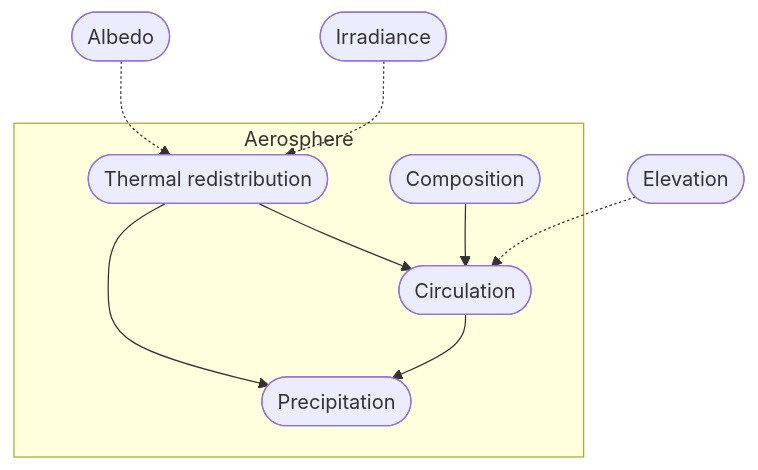
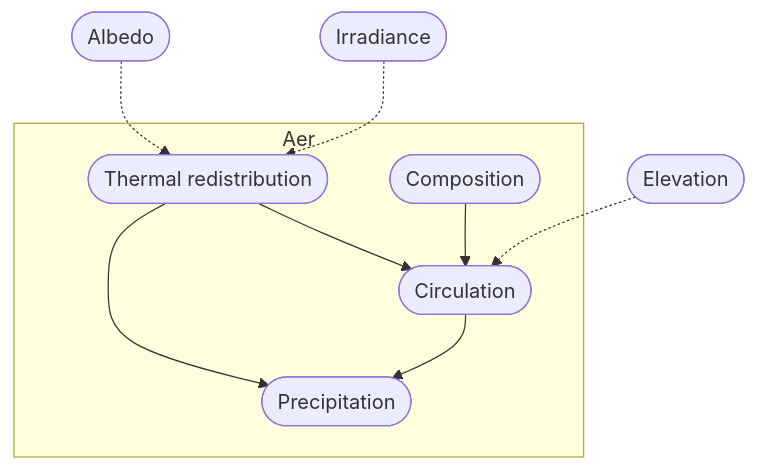
Before and after one commit to lagardej/mimameithr: the sixth of 8 diagrams in docs/concerns.adoc, drawn with Mermaid. The commit also changed other lines of this file and 136 other files, not shown here.

```diff
--- a/docs/concerns.adoc
+++ b/docs/concerns.adoc
@@ -323,22 +323,22 @@
 [mermaid]
 ....
 flowchart TB
-    subgraph Aerosphere
+    subgraph Aer
         ThermalRedistribution([Thermal redistribution])
         Circulation([Circulation])
         Composition([Composition])
         Precipitation([Precipitation])
     end
 
     Irradiance([Irradiance])
     Albedo([Albedo])
     Elevation([Elevation])
 
     Irradiance -.-> ThermalRedistribution
     Albedo -.-> ThermalRedistribution
     Elevation -.-> Circulation
     ThermalRedistribution --> Circulation
     ThermalRedistribution --> Precipitation
     Composition --> Circulation
     Circulation --> Precipitation
 ....
```
